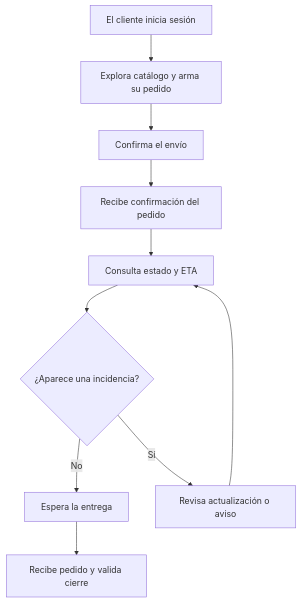
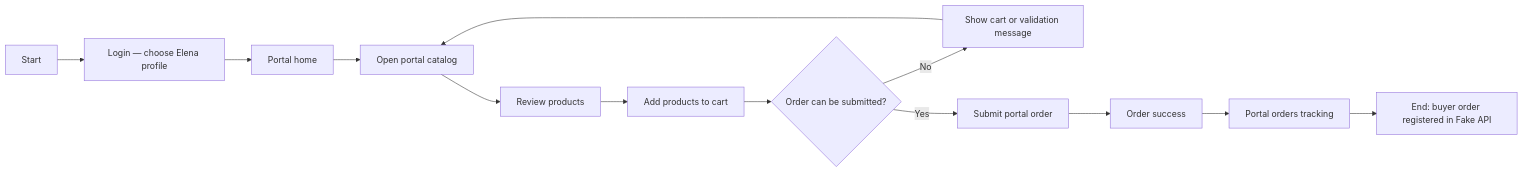
One commit to upc-pre-202610-1asi0730-12242-king/nexa-ecosystem-report changed the fourth of 4 diagrams in report/40-chapter-4-product-design/4-4-web-applications-ux-ui-design.md. Above: the diagram before and after it, drawn with Mermaid. The commit also changed other lines of this file and 46 other files, not shown here.

````diff
--- a/report/40-chapter-4-product-design/4-4-web-applications-ux-ui-design.md
+++ b/report/40-chapter-4-product-design/4-4-web-applications-ux-ui-design.md
@@ -305,12 +250,15 @@
 ```mermaid
-flowchart TD
-    A["El cliente inicia sesión"] --> B["Explora catálogo y arma su pedido"]
-    B --> C["Confirma el envío"]
-    C --> D["Recibe confirmación del pedido"]
-    D --> E["Consulta estado y ETA"]
-    E --> F{"¿Aparece una incidencia?"}
-    F -->|No| G["Espera la entrega"]
-    F -->|Sí| H["Revisa actualización o aviso"]
-    H --> E
-    G --> I["Recibe pedido y valida cierre"]
+flowchart LR
+    A["Start"] --> B["Login — choose Elena profile"]
+    B --> C["Portal home"]
+    C --> D["Open portal catalog"]
+    D --> E["Review products"]
+    E --> F["Add products to cart"]
+    F --> G{"Order can be submitted?"}
+    G -- "No" --> H["Show cart or validation message"]
+    H --> D
+    G -- "Yes" --> I["Submit portal order"]
+    I --> J["Order success"]
+    J --> K["Portal orders tracking"]
+    K --> L["End: buyer order registered in Fake API"]
 ```
````
